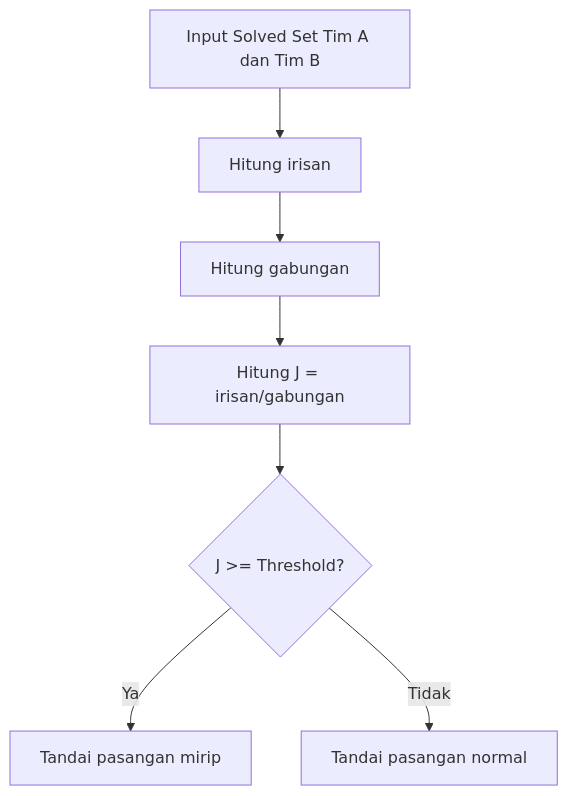
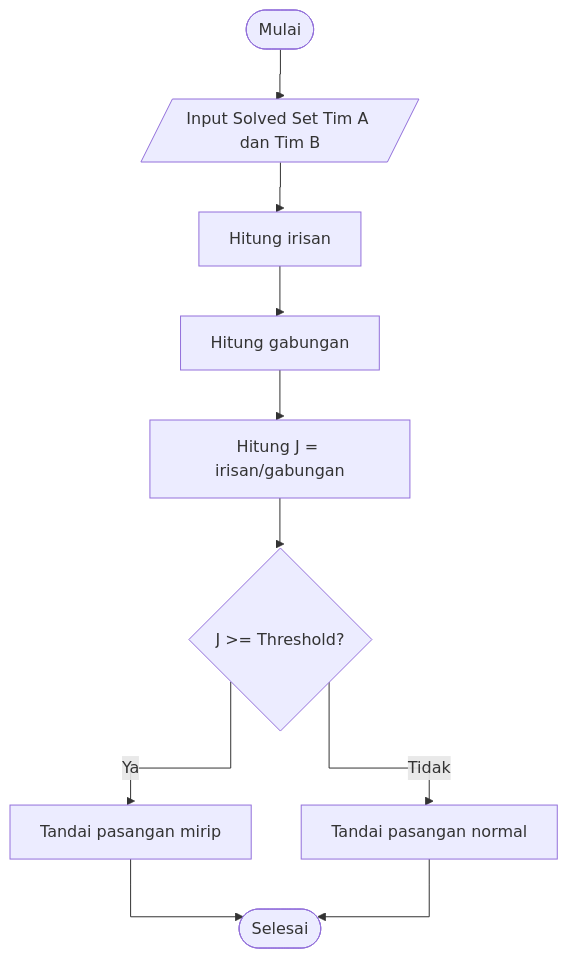
One commit to dimasma0305/proposal-skripsi changed the seventh of 10 diagrams in index.qmd. Above: the diagram before and after it, drawn with Mermaid. The commit also changed other lines of this file and 1 other file, not shown here.

Commit message:
docs: Add detailed explanations for mathematical formulas and refine Mermaid diagram styling and structure.

````diff
--- a/index.qmd
+++ b/index.qmd
@@ -474,11 +589,15 @@
 ```{mermaid}
 %%| fig-cap: "Flowchart Perhitungan Jaccard Similarity"
 %%| label: fig-flow-jaccard
+%%{init: {"flowchart": {"curve": "stepBefore"}}}%%
 flowchart TD
-    A[Input Solved Set Tim A dan Tim B] --> B[Hitung irisan]
+    Start([Mulai]) --> A[/Input Solved Set Tim A dan Tim B/]
+    A --> B[Hitung irisan]
     B --> C[Hitung gabungan]
     C --> D[Hitung J = irisan/gabungan]
     D --> E{J >= Threshold?}
     E -- Ya --> F[Tandai pasangan mirip]
     E -- Tidak --> G[Tandai pasangan normal]
+    F --> H([Selesai])
+    G --> H
 ```
````
